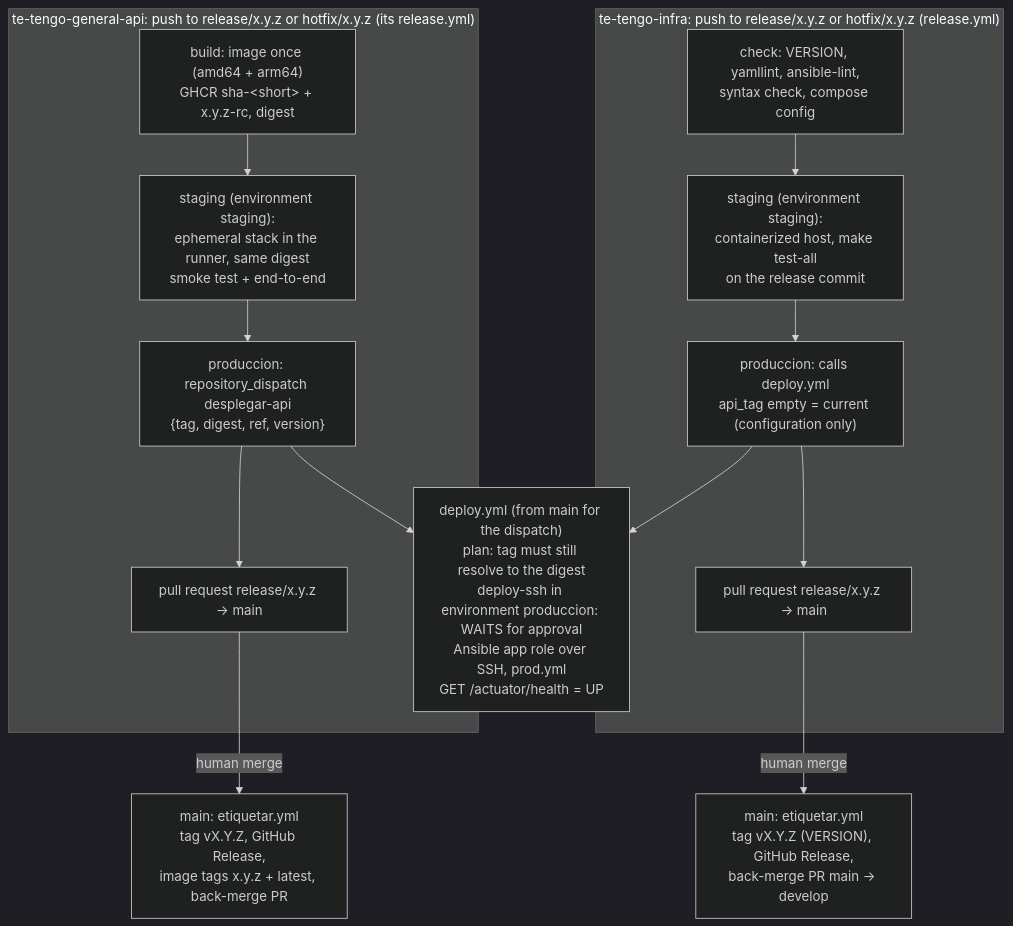
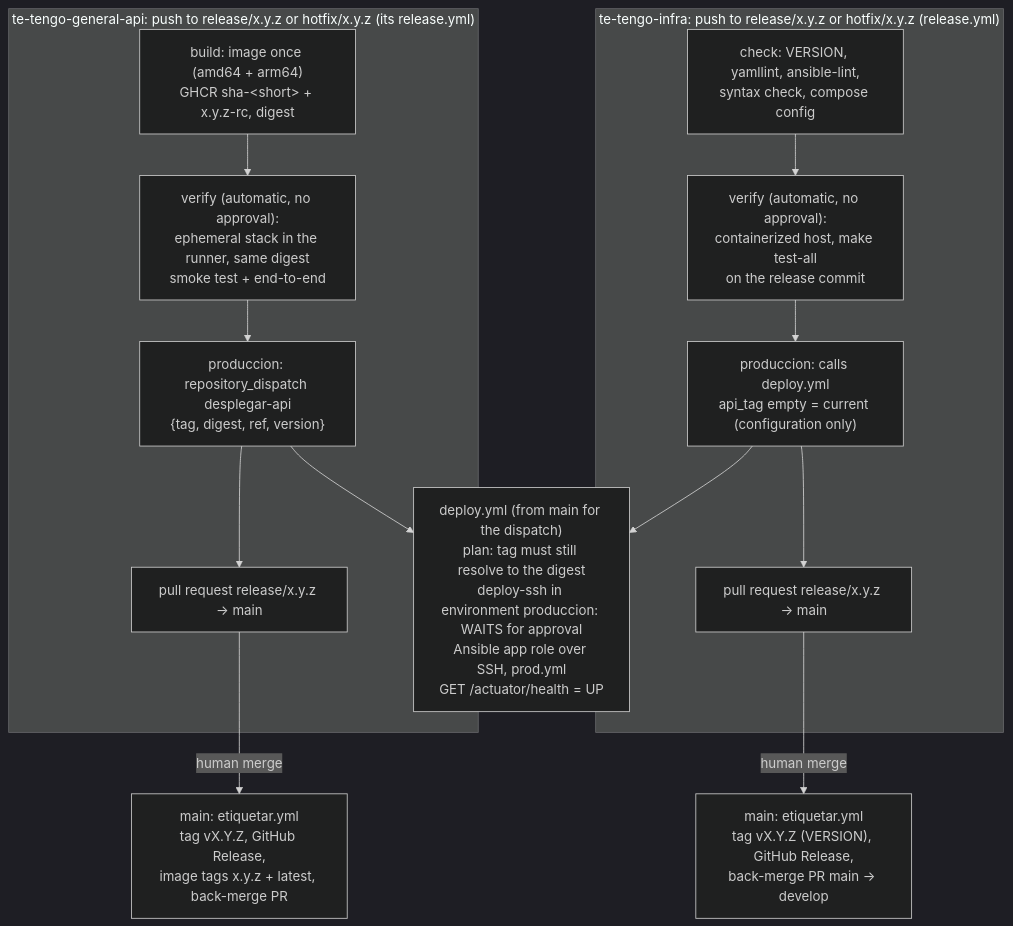
Before and after one commit to Te-Tengo-Tech/te-tengo-infra: the diagram in docs/deploy.md, drawn with Mermaid (dark theme). The commit also changed other lines of this file and 6 other files, not shown here.

First line of the commit message:
ci: verify infra releases on containers instead of a staging environment

````diff
--- a/docs/deploy.md
+++ b/docs/deploy.md
@@ -51,17 +51,17 @@
 ```mermaid
 flowchart TD
   subgraph api["te-tengo-general-api: push to release/x.y.z or hotfix/x.y.z (its release.yml)"]
-    abuild["build: image once (amd64 + arm64)<br/>GHCR sha-&lt;short&gt; + x.y.z-rc, digest"] --> astaging["staging (environment staging):<br/>ephemeral stack in the runner, same digest<br/>smoke test + end-to-end"]
-    astaging --> aprod["produccion: repository_dispatch desplegar-api<br/>{tag, digest, ref, version}"]
+    abuild["build: image once (amd64 + arm64)<br/>GHCR sha-&lt;short&gt; + x.y.z-rc, digest"] --> averify["verify (automatic, no approval):<br/>ephemeral stack in the runner, same digest<br/>smoke test + end-to-end"]
+    averify --> aprod["produccion: repository_dispatch desplegar-api<br/>{tag, digest, ref, version}"]
     aprod --> apr["pull request release/x.y.z → main"]
   end
   subgraph infra["te-tengo-infra: push to release/x.y.z or hotfix/x.y.z (release.yml)"]
-    icheck["check: VERSION, yamllint, ansible-lint,<br/>syntax check, compose config"] --> istaging["staging (environment staging):<br/>containerized host, make test-all<br/>on the release commit"]
-    istaging --> iprod["produccion: calls deploy.yml<br/>api_tag empty = current (configuration only)"]
+    icheck["check: VERSION, yamllint, ansible-lint,<br/>syntax check, compose config"] --> iverify["verify (automatic, no approval):<br/>containerized host, make test-all<br/>on the release commit"]
+    iverify --> iprod["produccion: calls deploy.yml<br/>api_tag empty = current (configuration only)"]
     iprod --> ipr["pull request release/x.y.z → main"]
   end
   aprod --> deploy["deploy.yml (from main for the dispatch)<br/>plan: tag must still resolve to the digest<br/>deploy-ssh in environment produccion: WAITS for approval<br/>Ansible app role over SSH, prod.yml<br/>GET /actuator/health = UP"]
   iprod --> deploy
   apr -->|"human merge"| amain["main: etiquetar.yml<br/>tag vX.Y.Z, GitHub Release,<br/>image tags x.y.z + latest, back-merge PR"]
   ipr -->|"human merge"| imain["main: etiquetar.yml<br/>tag vX.Y.Z (VERSION), GitHub Release,<br/>back-merge PR main → develop"]
 ```
````
